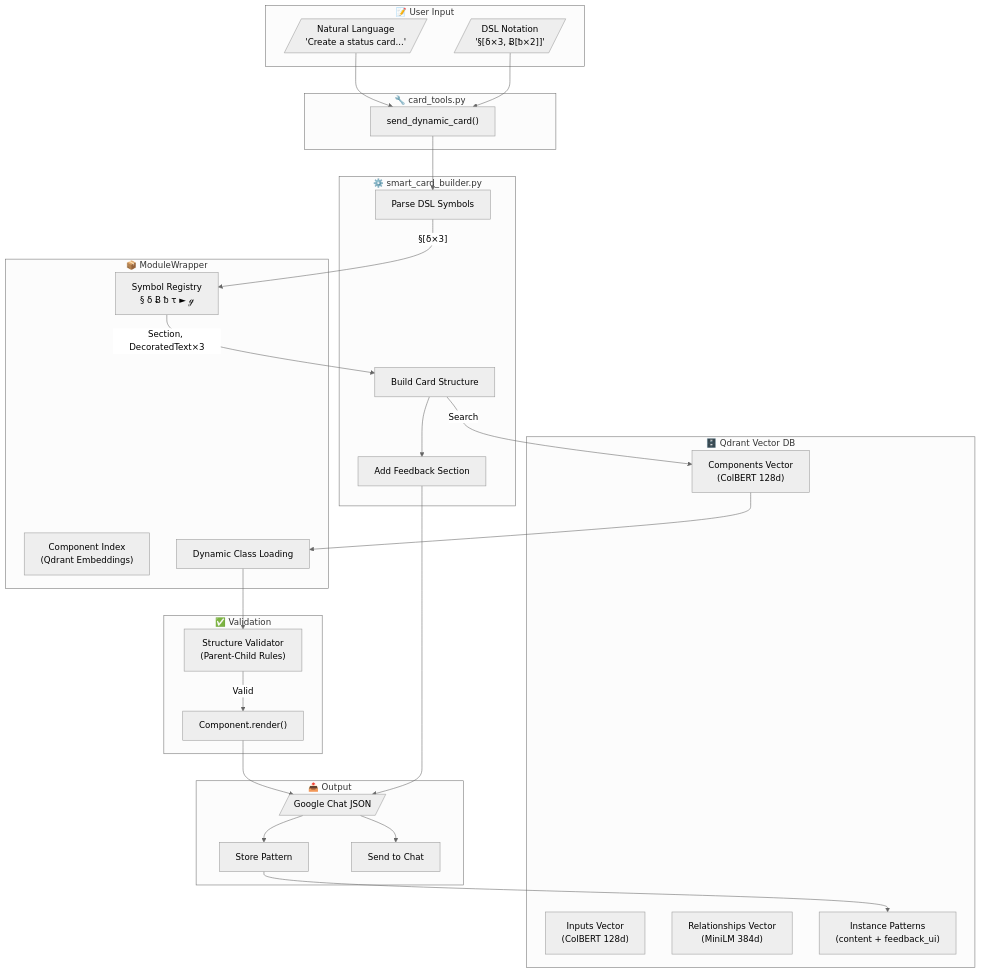
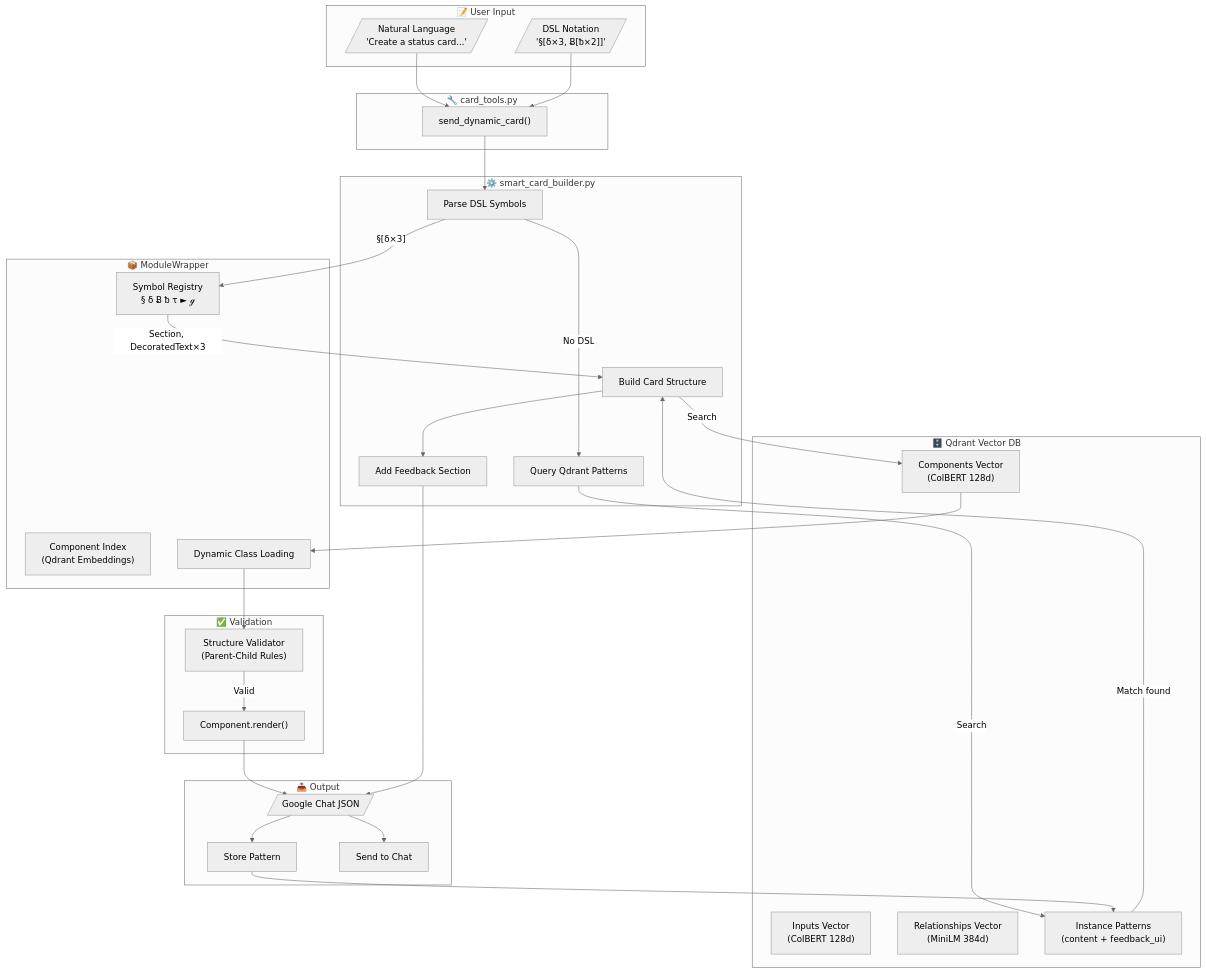
Before and after one commit to dipseth/google_workspace_fastmcp2: the first of 9 diagrams in gchat/CARD_SYSTEM.md, drawn with Mermaid (neutral theme). The commit also changed other lines of this file and 5 other files, not shown here.

````diff
--- a/gchat/CARD_SYSTEM.md
+++ b/gchat/CARD_SYSTEM.md
@@ -11,57 +11,61 @@
 ```mermaid
 flowchart TB
     subgraph Input["📝 User Input"]
         NL[/"Natural Language<br/>'Create a status card...'"/]
         DSL[/"DSL Notation<br/>'§[δ×3, Ƀ[ᵬ×2]]'"/]
     end
 
     subgraph CardTools["🔧 card_tools.py"]
         Tool["send_dynamic_card()"]
     end
 
     subgraph Builder["⚙️ smart_card_builder.py"]
         Parse["Parse DSL Symbols"]
+        QueryPatterns["Query Qdrant Patterns"]
         Build["Build Card Structure"]
         Feedback["Add Feedback Section"]
     end
 
     subgraph Wrapper["📦 ModuleWrapper"]
         Index["Component Index<br/>(Qdrant Embeddings)"]
         Load["Dynamic Class Loading"]
         Symbols["Symbol Registry<br/>§ δ Ƀ ᵬ τ ► ℊ"]
     end
 
     subgraph Qdrant["🗄️ Qdrant Vector DB"]
         Components["Components Vector<br/>(ColBERT 128d)"]
         Inputs["Inputs Vector<br/>(ColBERT 128d)"]
         Relations["Relationships Vector<br/>(MiniLM 384d)"]
         Patterns["Instance Patterns<br/>(content + feedback_ui)"]
     end
 
     subgraph Validation["✅ Validation"]
         Structure["Structure Validator<br/>(Parent-Child Rules)"]
         Render["Component.render()"]
     end
 
     subgraph Output["📤 Output"]
         JSON[/"Google Chat JSON"/]
         Store["Store Pattern"]
         Send["Send to Chat"]
     end
 
     NL --> Tool
     DSL --> Tool
     Tool --> Parse
     Parse --> |"§[δ×3]"| Symbols
+    Parse --> |"No DSL"| QueryPatterns
+    QueryPatterns --> |"Search"| Patterns
+    Patterns --> |"Match found"| Build
     Symbols --> |"Section, DecoratedText×3"| Build
     Build --> |"Search"| Components
     Components --> Load
     Load --> Structure
     Structure --> |"Valid"| Render
     Render --> JSON
     Build --> Feedback
     Feedback --> JSON
     JSON --> Store
     Store --> Patterns
     JSON --> Send
 ```
````
